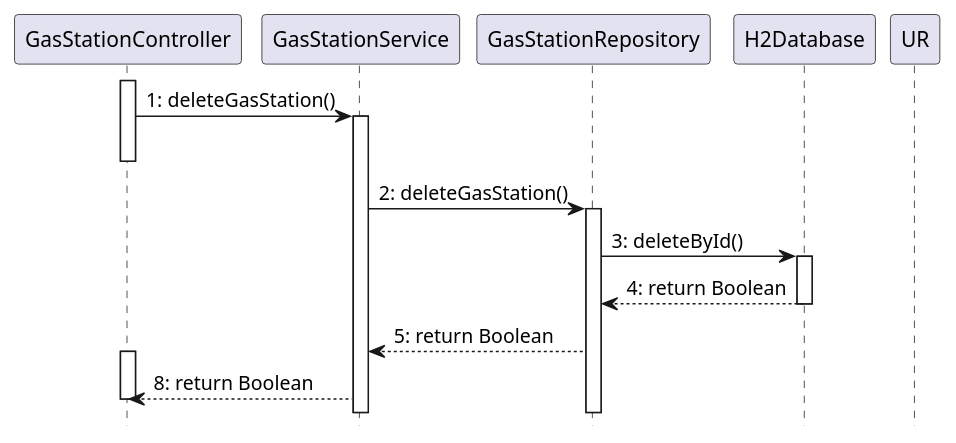
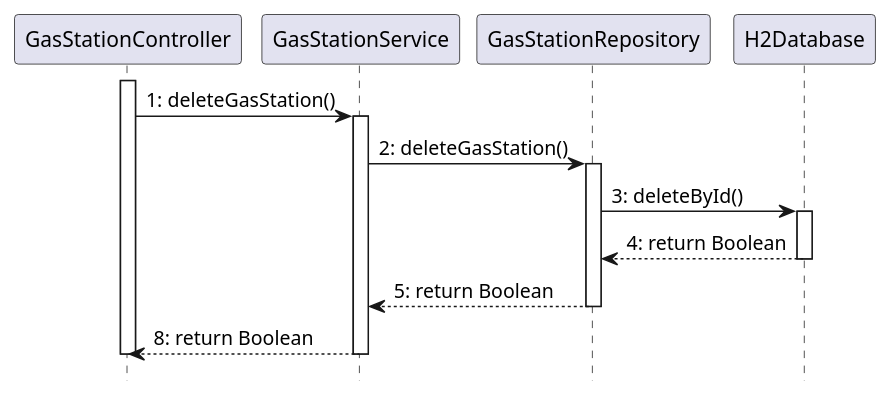
Before and after one commit to SE2-group4/SE1-project: diagram 11 of 15 in docs/DesignDocument.md, drawn with PlantUML. The commit also changed other lines of this file, not shown here.

````diff
--- a/docs/DesignDocument.md
+++ b/docs/DesignDocument.md
@@ -778,33 +775,32 @@
 ```plantuml
 @startuml
 hide footbox
 skinparam shadowing false
 
 participant GasStationController as GC
 participant GasStationService as GS
 participant GasStationRepository as GR
 participant H2Database as H2
 
 activate GC
 GC -> GS: 1: deleteGasStation()
 activate GS
-deactivate GC
 
 GS -> GR: 2: deleteGasStation()
 activate GR
 
 GR -> H2: 3: deleteById()
 
 activate H2
 H2 --> GR: 4: return Boolean
 deactivate H2
 
 
 GR --> GS: 5: return Boolean
-deactivate UR
+deactivate GR
 
-activate GC
 GS --> GC: 8: return Boolean
+deactivate GS
 deactivate GC
 @enduml
 ```
````
